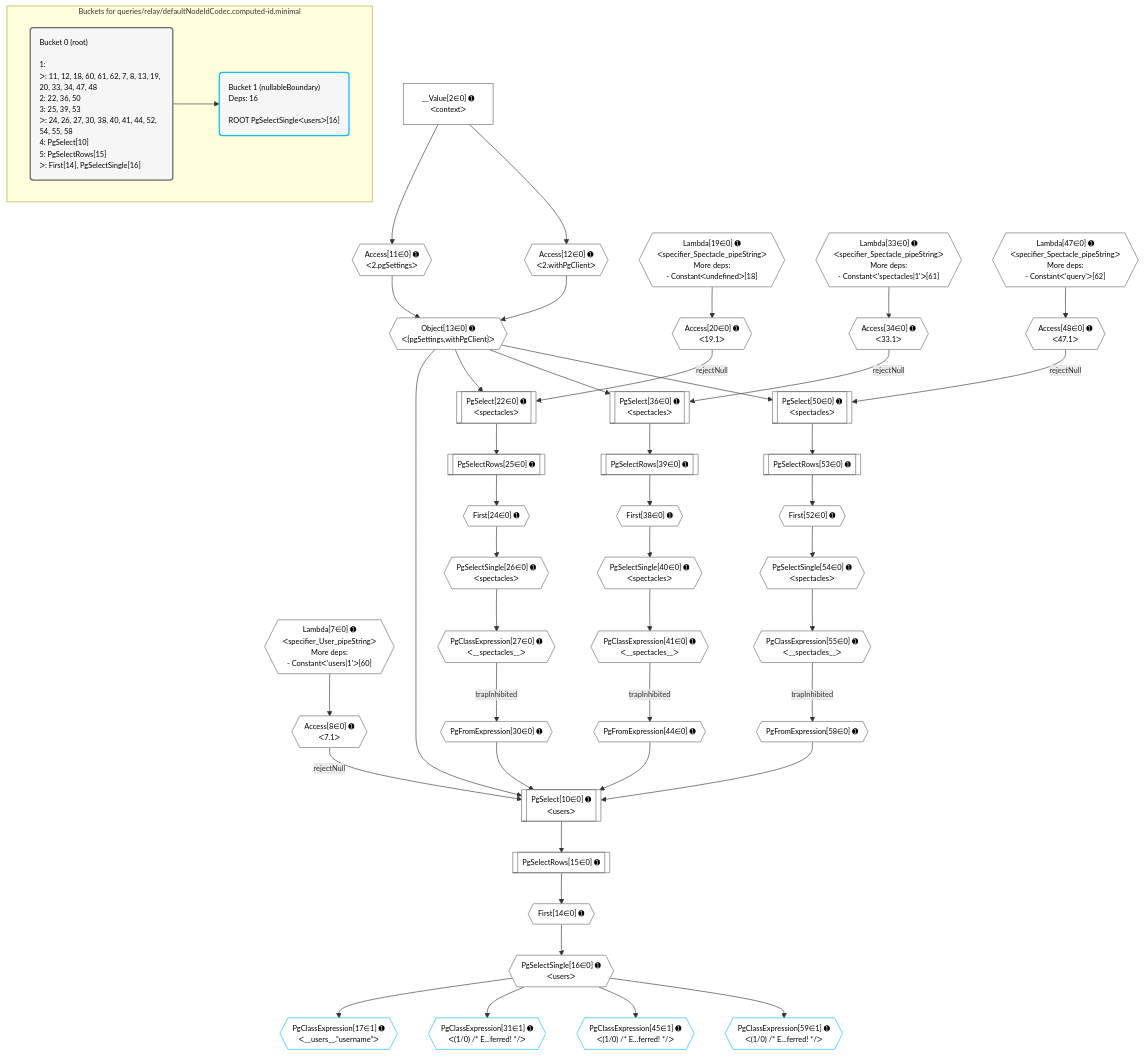
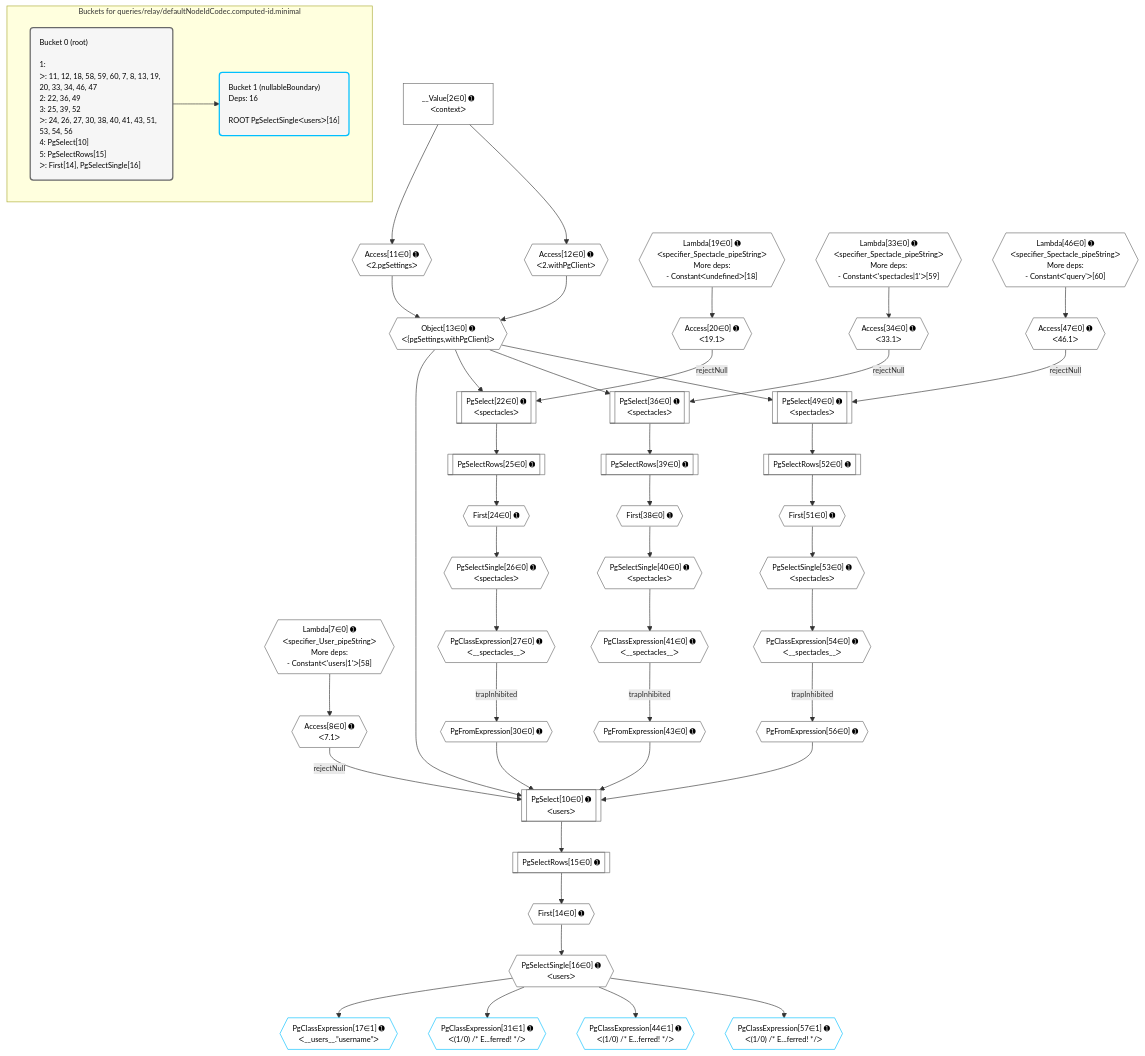
One commit to graphile/crystal changed the diagram in postgraphile/postgraphile/__tests__/queries/relay/defaultNodeIdCodec.computed-id.minimal.mermaid. Above: the diagram before and after it, drawn with Mermaid. The commit also changed 15 other files, not shown here.

Commit message:
Update plan diagrams

```diff
--- a/postgraphile/postgraphile/__tests__/queries/relay/defaultNodeIdCodec.computed-id.minimal.mermaid
+++ b/postgraphile/postgraphile/__tests__/queries/relay/defaultNodeIdCodec.computed-id.minimal.mermaid
@@ -1,97 +1,97 @@
 %%{init: {'themeVariables': { 'fontSize': '12px'}}}%%
 graph TD
     classDef path fill:#eee,stroke:#000,color:#000
     classDef plan fill:#fff,stroke-width:1px,color:#000
     classDef itemplan fill:#fff,stroke-width:2px,color:#000
     classDef unbatchedplan fill:#dff,stroke-width:1px,color:#000
     classDef sideeffectplan fill:#fcc,stroke-width:2px,color:#000
     classDef bucket fill:#f6f6f6,color:#000,stroke-width:2px,text-align:left
 
     subgraph "Buckets for queries/relay/defaultNodeIdCodec.computed-id.minimal"
-    Bucket0("Bucket 0 (root)<br /><br />1: <br />ᐳ: 11, 12, 18, 60, 61, 62, 7, 8, 13, 19, 20, 33, 34, 47, 48<br />2: 22, 36, 50<br />3: 25, 39, 53<br />ᐳ: 24, 26, 27, 30, 38, 40, 41, 44, 52, 54, 55, 58<br />4: PgSelect[10]<br />5: PgSelectRows[15]<br />ᐳ: First[14], PgSelectSingle[16]"):::bucket
+    Bucket0("Bucket 0 (root)<br /><br />1: <br />ᐳ: 11, 12, 18, 58, 59, 60, 7, 8, 13, 19, 20, 33, 34, 46, 47<br />2: 22, 36, 49<br />3: 25, 39, 52<br />ᐳ: 24, 26, 27, 30, 38, 40, 41, 43, 51, 53, 54, 56<br />4: PgSelect[10]<br />5: PgSelectRows[15]<br />ᐳ: First[14], PgSelectSingle[16]"):::bucket
     Bucket1("Bucket 1 (nullableBoundary)<br />Deps: 16<br /><br />ROOT PgSelectSingleᐸusersᐳ[16]"):::bucket
     end
     Bucket0 --> Bucket1
 
     %% plan dependencies
     PgSelect10[["PgSelect[10∈0] ➊<br />ᐸusersᐳ"]]:::plan
     Object13{{"Object[13∈0] ➊<br />ᐸ{pgSettings,withPgClient}ᐳ"}}:::plan
     Access8{{"Access[8∈0] ➊<br />ᐸ7.1ᐳ"}}:::plan
     PgFromExpression30{{"PgFromExpression[30∈0] ➊"}}:::plan
-    PgFromExpression44{{"PgFromExpression[44∈0] ➊"}}:::plan
-    PgFromExpression58{{"PgFromExpression[58∈0] ➊"}}:::plan
+    PgFromExpression43{{"PgFromExpression[43∈0] ➊"}}:::plan
+    PgFromExpression56{{"PgFromExpression[56∈0] ➊"}}:::plan
     Access8 -->|rejectNull| PgSelect10
-    Object13 & PgFromExpression30 & PgFromExpression44 & PgFromExpression58 --> PgSelect10
+    Object13 & PgFromExpression30 & PgFromExpression43 & PgFromExpression56 --> PgSelect10
     Access11{{"Access[11∈0] ➊<br />ᐸ2.pgSettingsᐳ"}}:::plan
     Access12{{"Access[12∈0] ➊<br />ᐸ2.withPgClientᐳ"}}:::plan
     Access11 & Access12 --> Object13
     PgSelect22[["PgSelect[22∈0] ➊<br />ᐸspectaclesᐳ"]]:::plan
     Access20{{"Access[20∈0] ➊<br />ᐸ19.1ᐳ"}}:::plan
     Access20 -->|rejectNull| PgSelect22
     Object13 --> PgSelect22
     PgSelect36[["PgSelect[36∈0] ➊<br />ᐸspectaclesᐳ"]]:::plan
     Access34{{"Access[34∈0] ➊<br />ᐸ33.1ᐳ"}}:::plan
     Access34 -->|rejectNull| PgSelect36
     Object13 --> PgSelect36
-    PgSelect50[["PgSelect[50∈0] ➊<br />ᐸspectaclesᐳ"]]:::plan
-    Access48{{"Access[48∈0] ➊<br />ᐸ47.1ᐳ"}}:::plan
-    Access48 -->|rejectNull| PgSelect50
-    Object13 --> PgSelect50
-    Lambda7{{"Lambda[7∈0] ➊<br />ᐸspecifier_User_pipeStringᐳ<br />More deps:<br />- Constantᐸ'users|1'ᐳ[60]"}}:::plan
+    PgSelect49[["PgSelect[49∈0] ➊<br />ᐸspectaclesᐳ"]]:::plan
+    Access47{{"Access[47∈0] ➊<br />ᐸ46.1ᐳ"}}:::plan
+    Access47 -->|rejectNull| PgSelect49
+    Object13 --> PgSelect49
+    Lambda7{{"Lambda[7∈0] ➊<br />ᐸspecifier_User_pipeStringᐳ<br />More deps:<br />- Constantᐸ'users|1'ᐳ[58]"}}:::plan
     Lambda7 --> Access8
     __Value2["__Value[2∈0] ➊<br />ᐸcontextᐳ"]:::plan
     __Value2 --> Access11
     __Value2 --> Access12
     First14{{"First[14∈0] ➊"}}:::plan
     PgSelectRows15[["PgSelectRows[15∈0] ➊"]]:::plan
     PgSelectRows15 --> First14
     PgSelect10 --> PgSelectRows15
     PgSelectSingle16{{"PgSelectSingle[16∈0] ➊<br />ᐸusersᐳ"}}:::plan
     First14 --> PgSelectSingle16
     Lambda19{{"Lambda[19∈0] ➊<br />ᐸspecifier_Spectacle_pipeStringᐳ<br />More deps:<br />- Constantᐸundefinedᐳ[18]"}}:::plan
     Lambda19 --> Access20
     First24{{"First[24∈0] ➊"}}:::plan
     PgSelectRows25[["PgSelectRows[25∈0] ➊"]]:::plan
     PgSelectRows25 --> First24
     PgSelect22 --> PgSelectRows25
     PgSelectSingle26{{"PgSelectSingle[26∈0] ➊<br />ᐸspectaclesᐳ"}}:::plan
     First24 --> PgSelectSingle26
     PgClassExpression27{{"PgClassExpression[27∈0] ➊<br />ᐸ__spectacles__ᐳ"}}:::plan
     PgSelectSingle26 --> PgClassExpression27
     PgClassExpression27 -->|trapInhibited| PgFromExpression30
-    Lambda33{{"Lambda[33∈0] ➊<br />ᐸspecifier_Spectacle_pipeStringᐳ<br />More deps:<br />- Constantᐸ'spectacles|1'ᐳ[61]"}}:::plan
+    Lambda33{{"Lambda[33∈0] ➊<br />ᐸspecifier_Spectacle_pipeStringᐳ<br />More deps:<br />- Constantᐸ'spectacles|1'ᐳ[59]"}}:::plan
     Lambda33 --> Access34
     First38{{"First[38∈0] ➊"}}:::plan
     PgSelectRows39[["PgSelectRows[39∈0] ➊"]]:::plan
     PgSelectRows39 --> First38
     PgSelect36 --> PgSelectRows39
     PgSelectSingle40{{"PgSelectSingle[40∈0] ➊<br />ᐸspectaclesᐳ"}}:::plan
     First38 --> PgSelectSingle40
     PgClassExpression41{{"PgClassExpression[41∈0] ➊<br />ᐸ__spectacles__ᐳ"}}:::plan
     PgSelectSingle40 --> PgClassExpression41
-    PgClassExpression41 -->|trapInhibited| PgFromExpression44
-    Lambda47{{"Lambda[47∈0] ➊<br />ᐸspecifier_Spectacle_pipeStringᐳ<br />More deps:<br />- Constantᐸ'query'ᐳ[62]"}}:::plan
-    Lambda47 --> Access48
-    First52{{"First[52∈0] ➊"}}:::plan
-    PgSelectRows53[["PgSelectRows[53∈0] ➊"]]:::plan
-    PgSelectRows53 --> First52
-    PgSelect50 --> PgSelectRows53
-    PgSelectSingle54{{"PgSelectSingle[54∈0] ➊<br />ᐸspectaclesᐳ"}}:::plan
-    First52 --> PgSelectSingle54
-    PgClassExpression55{{"PgClassExpression[55∈0] ➊<br />ᐸ__spectacles__ᐳ"}}:::plan
-    PgSelectSingle54 --> PgClassExpression55
-    PgClassExpression55 -->|trapInhibited| PgFromExpression58
+    PgClassExpression41 -->|trapInhibited| PgFromExpression43
+    Lambda46{{"Lambda[46∈0] ➊<br />ᐸspecifier_Spectacle_pipeStringᐳ<br />More deps:<br />- Constantᐸ'query'ᐳ[60]"}}:::plan
+    Lambda46 --> Access47
+    First51{{"First[51∈0] ➊"}}:::plan
+    PgSelectRows52[["PgSelectRows[52∈0] ➊"]]:::plan
+    PgSelectRows52 --> First51
+    PgSelect49 --> PgSelectRows52
+    PgSelectSingle53{{"PgSelectSingle[53∈0] ➊<br />ᐸspectaclesᐳ"}}:::plan
+    First51 --> PgSelectSingle53
+    PgClassExpression54{{"PgClassExpression[54∈0] ➊<br />ᐸ__spectacles__ᐳ"}}:::plan
+    PgSelectSingle53 --> PgClassExpression54
+    PgClassExpression54 -->|trapInhibited| PgFromExpression56
     PgClassExpression17{{"PgClassExpression[17∈1] ➊<br />ᐸ__users__.”username”ᐳ"}}:::plan
     PgSelectSingle16 --> PgClassExpression17
     PgClassExpression31{{"PgClassExpression[31∈1] ➊<br />ᐸ(1/0) /* E...ferred! */ᐳ"}}:::plan
     PgSelectSingle16 --> PgClassExpression31
-    PgClassExpression45{{"PgClassExpression[45∈1] ➊<br />ᐸ(1/0) /* E...ferred! */ᐳ"}}:::plan
-    PgSelectSingle16 --> PgClassExpression45
-    PgClassExpression59{{"PgClassExpression[59∈1] ➊<br />ᐸ(1/0) /* E...ferred! */ᐳ"}}:::plan
-    PgSelectSingle16 --> PgClassExpression59
+    PgClassExpression44{{"PgClassExpression[44∈1] ➊<br />ᐸ(1/0) /* E...ferred! */ᐳ"}}:::plan
+    PgSelectSingle16 --> PgClassExpression44
+    PgClassExpression57{{"PgClassExpression[57∈1] ➊<br />ᐸ(1/0) /* E...ferred! */ᐳ"}}:::plan
+    PgSelectSingle16 --> PgClassExpression57
 
     %% define steps
     classDef bucket0 stroke:#696969
-    class Bucket0,__Value2,Lambda7,Access8,PgSelect10,Access11,Access12,Object13,First14,PgSelectRows15,PgSelectSingle16,Lambda19,Access20,PgSelect22,First24,PgSelectRows25,PgSelectSingle26,PgClassExpression27,PgFromExpression30,Lambda33,Access34,PgSelect36,First38,PgSelectRows39,PgSelectSingle40,PgClassExpression41,PgFromExpression44,Lambda47,Access48,PgSelect50,First52,PgSelectRows53,PgSelectSingle54,PgClassExpression55,PgFromExpression58 bucket0
+    class Bucket0,__Value2,Lambda7,Access8,PgSelect10,Access11,Access12,Object13,First14,PgSelectRows15,PgSelectSingle16,Lambda19,Access20,PgSelect22,First24,PgSelectRows25,PgSelectSingle26,PgClassExpression27,PgFromExpression30,Lambda33,Access34,PgSelect36,First38,PgSelectRows39,PgSelectSingle40,PgClassExpression41,PgFromExpression43,Lambda46,Access47,PgSelect49,First51,PgSelectRows52,PgSelectSingle53,PgClassExpression54,PgFromExpression56 bucket0
     classDef bucket1 stroke:#00bfff
-    class Bucket1,PgClassExpression17,PgClassExpression31,PgClassExpression45,PgClassExpression59 bucket1
+    class Bucket1,PgClassExpression17,PgClassExpression31,PgClassExpression44,PgClassExpression57 bucket1
```
